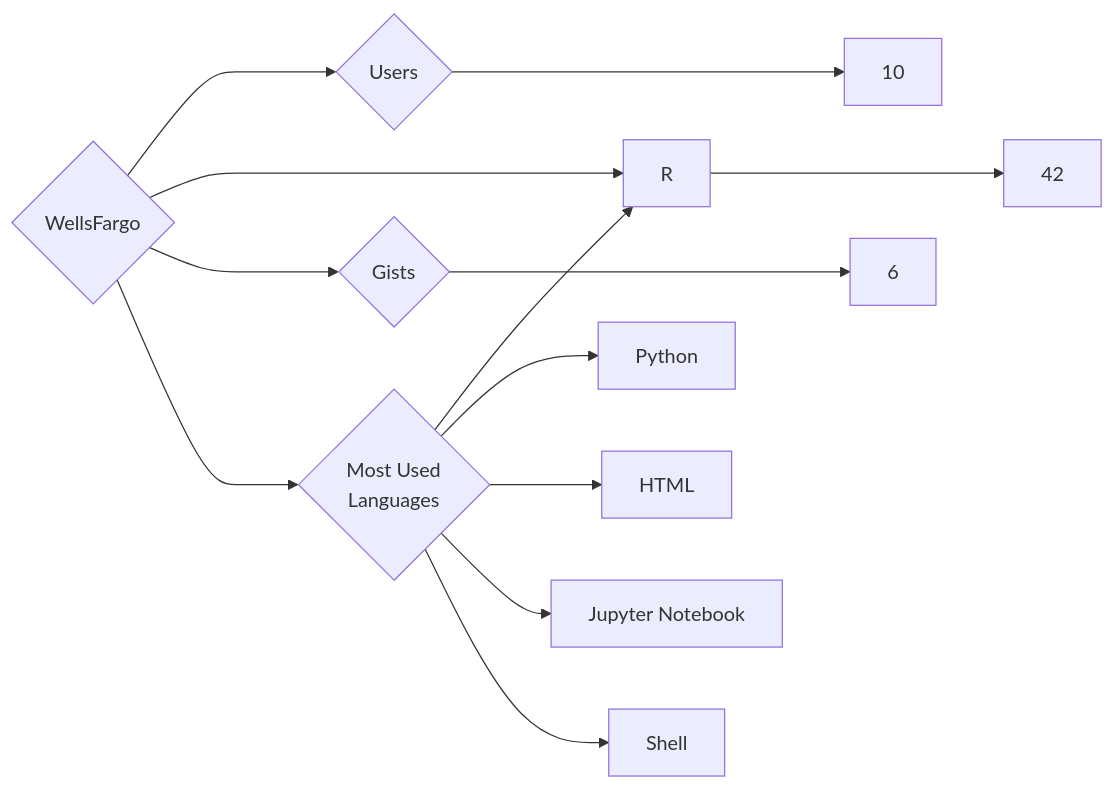
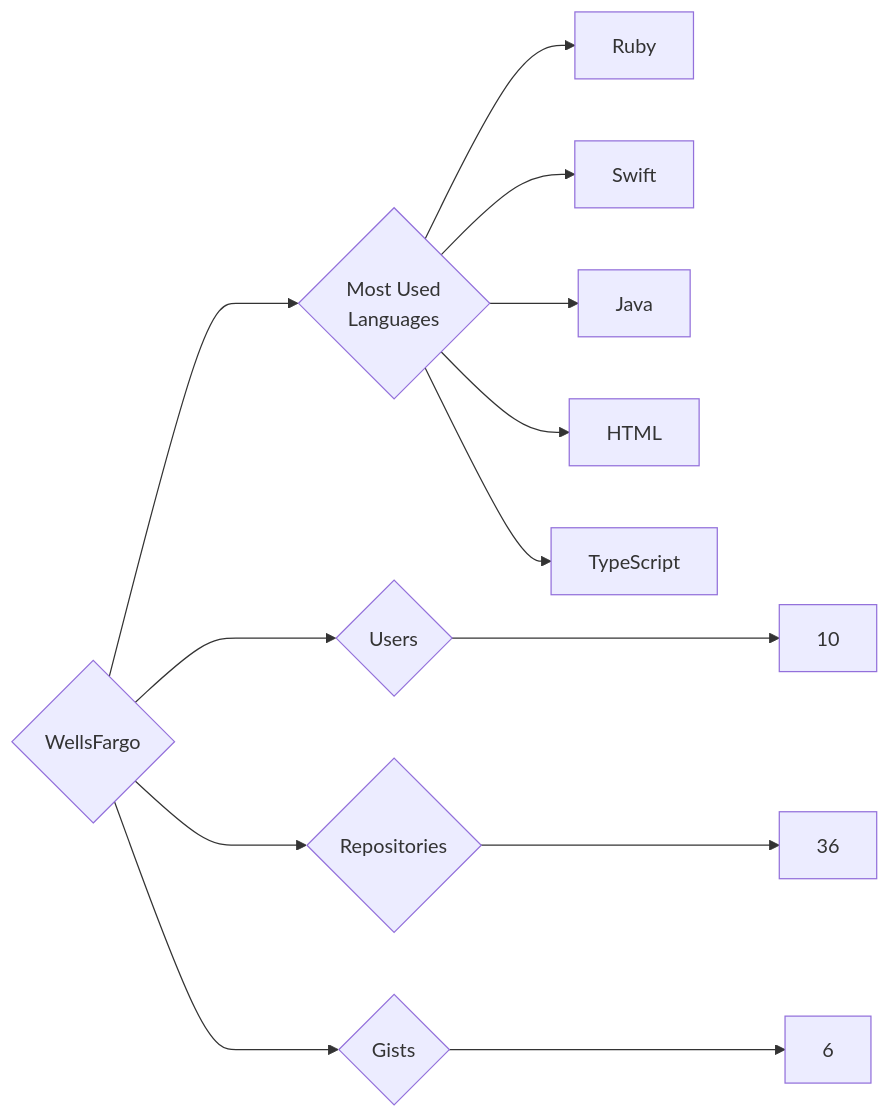
Before and after one commit to trickest/insiders: the diagram in targets/WellsFargo/README.md, drawn with Mermaid. The commit also changed 815 other files, not shown here.

````diff
--- a/targets/WellsFargo/README.md
+++ b/targets/WellsFargo/README.md
@@ -3,13 +3,13 @@
 ```mermaid
 graph LR
 COMPANY_NAME{WellsFargo}
 COMPANY_NAME ---> U{Users} ---> UN[10]
-COMPANY_NAME ---> R{Repositories} ---> RN[42]
+COMPANY_NAME ---> R{Repositories} ---> RN[36]
 COMPANY_NAME ---> G{Gists} ---> GN[6]
 COMPANY_NAME ---> ML{Most Used<br>Languages}
-ML --> R[R]
-ML --> Python[Python]
+ML --> Ruby[Ruby]
+ML --> Swift[Swift]
+ML --> Java[Java]
 ML --> HTML[HTML]
-ML --> Jupyter_Notebook[Jupyter Notebook]
-ML --> Shell[Shell]
+ML --> TypeScript[TypeScript]
 ```
````
